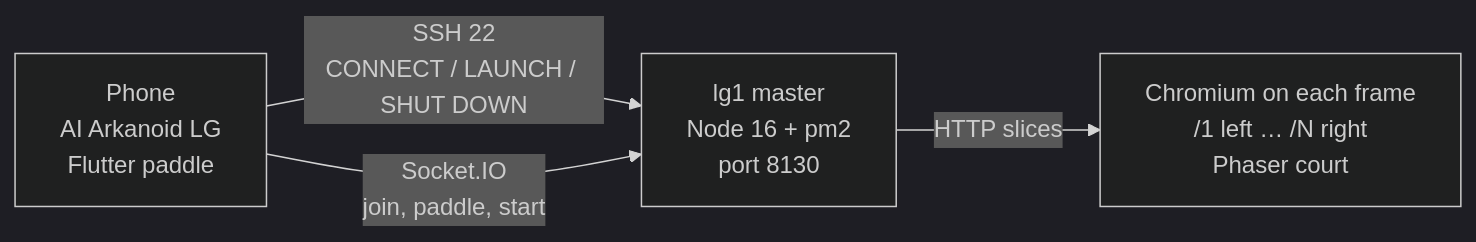
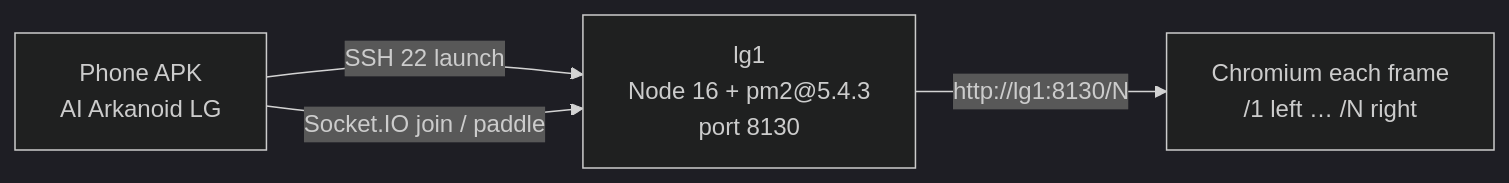
One commit to AnirudhPratapSinghYadav/LG-Arkanoid changed the diagram in README.md. Above: the diagram before and after it, drawn with Mermaid (dark theme). The commit also changed other lines of this file and 80 other files, not shown here.

Commit message:
Ship the demo-freeze so testers can join port 8130 and play without ANR, a stuck lobby, or a wall that never hides.

````diff
--- a/README.md
+++ b/README.md
@@ -20,10 +33,10 @@
 ```mermaid
 flowchart LR
-  P["Phone<br/>AI Arkanoid LG<br/>Flutter paddle"]
-  S["lg1 master<br/>Node 16 + pm2<br/>port 8130"]
-  W["Chromium on each frame<br/>/1 left … /N right<br/>Phaser court"]
+  P["Phone APK<br/>AI Arkanoid LG"]
+  S["lg1<br/>Node 16 + pm2@5.4.3<br/>port 8130"]
+  W["Chromium each frame<br/>/1 left … /N right"]
 
-  P -->|"SSH 22<br/>CONNECT / LAUNCH / SHUT DOWN"| S
-  P -->|"Socket.IO<br/>join, paddle, start"| S
-  S -->|"HTTP slices"| W
+  P -->|"SSH 22 launch"| S
+  P -->|"Socket.IO join / paddle"| S
+  S -->|"http://lg1:8130/N"| W
 ```
````
